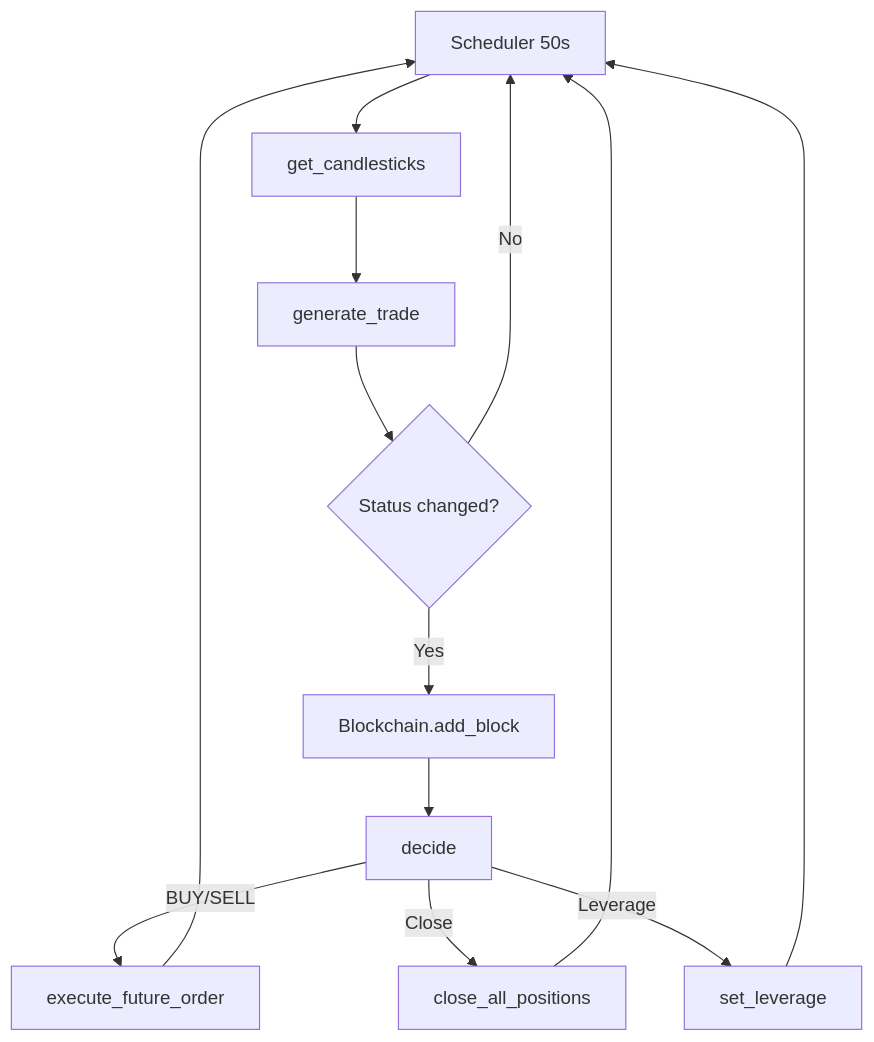
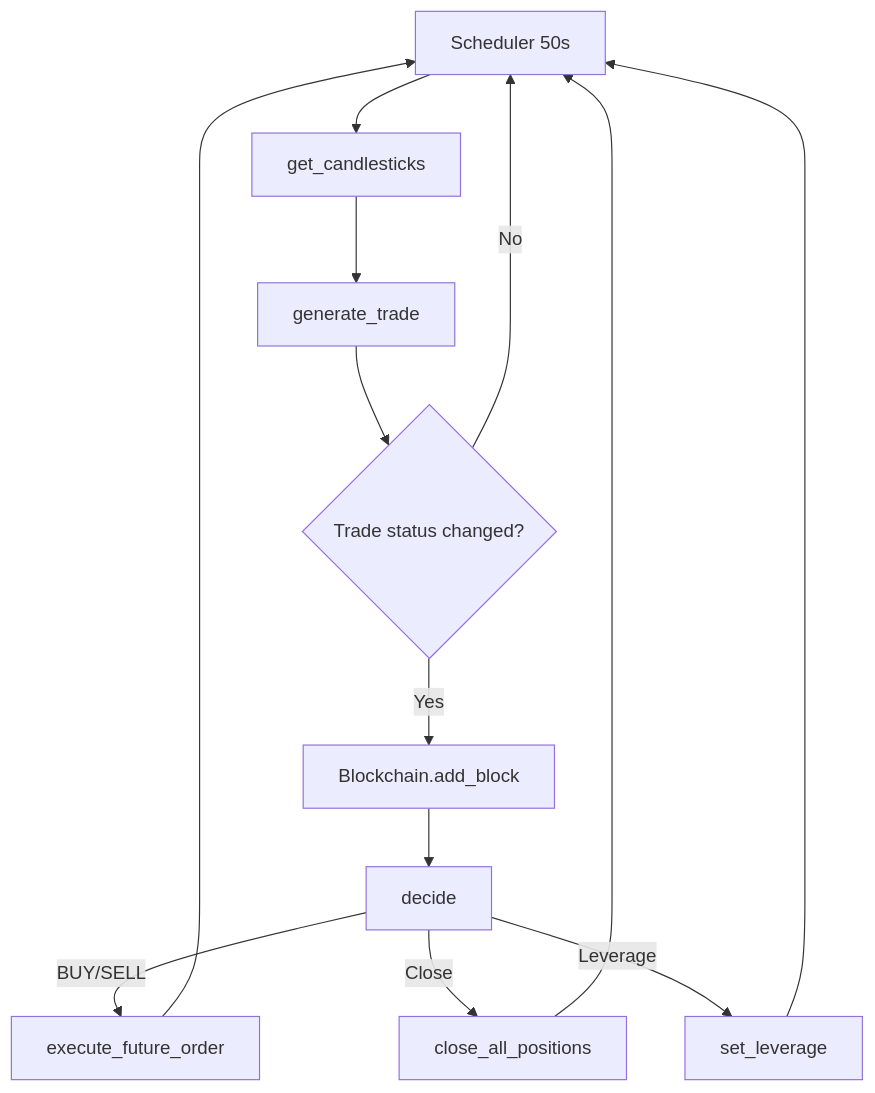
One commit to madrijkaard/rkd-high-frequency-trading changed the diagram in README.md. Above: the diagram before and after it, drawn with Mermaid. The commit also changed other lines of this file, not shown here.

````diff
--- a/README.md
+++ b/README.md
@@ -45,13 +103,13 @@
 ```mermaid
 flowchart TD
     A[Scheduler 50s] --> B[get_candlesticks]
     B --> C[generate_trade]
-    C --> D{Status changed?}
+    C --> D{Trade status changed?}
     D -- No --> A
     D -- Yes --> E[Blockchain.add_block]
     E --> F[decide]
     F -->|BUY/SELL| G[execute_future_order]
     F -->|Close| H[close_all_positions]
     F -->|Leverage| I[set_leverage]
     G & H & I --> A
 ```
````
